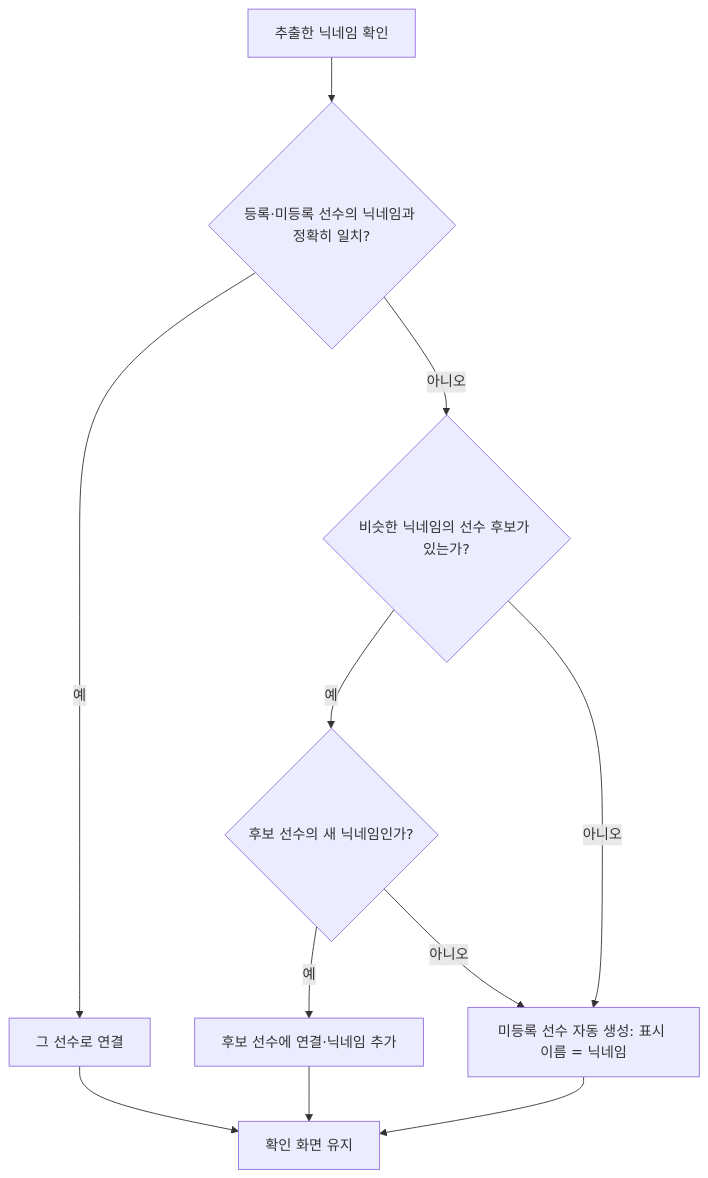
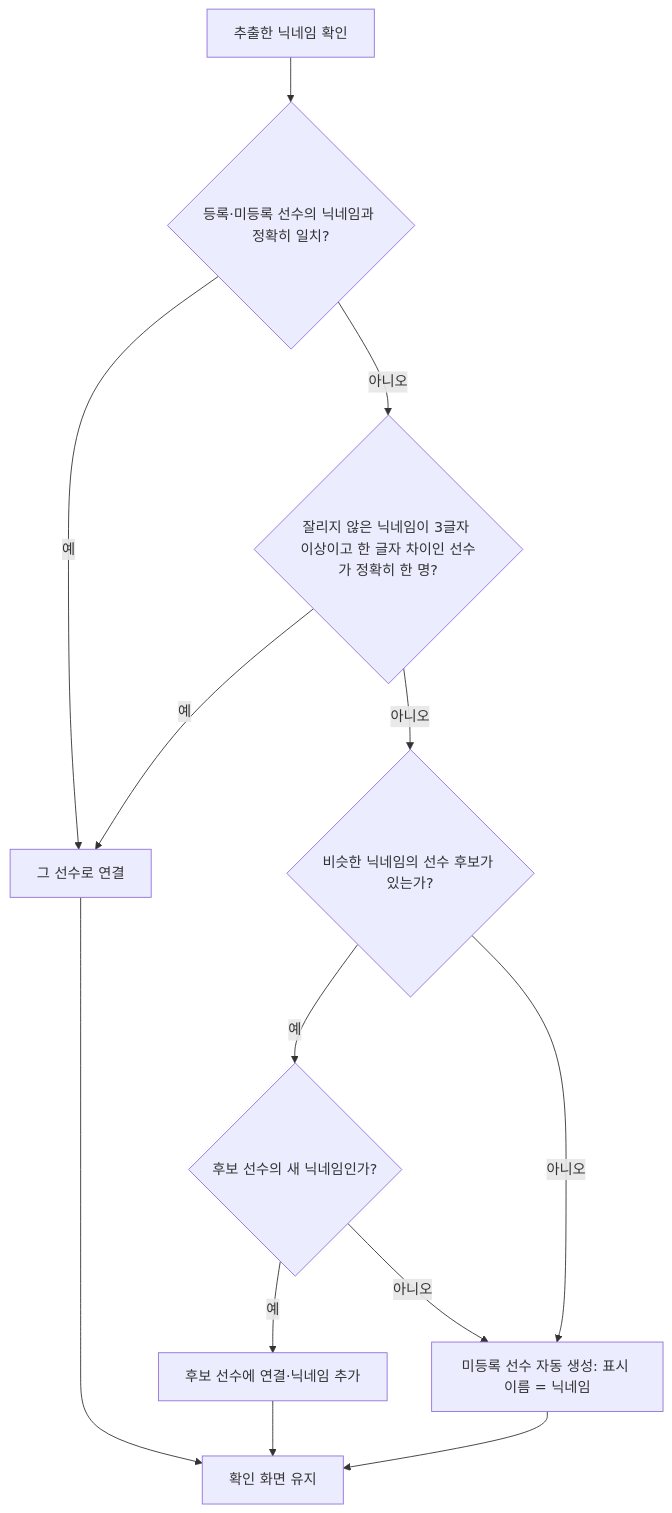
The second of 3 diagrams in docs/유저플로우.md (GMiiiN/LOL-Inhouse), drawn with Mermaid before and after one commit. The commit also changed other lines of this file and 159 other files, not shown here.

````diff
--- a/docs/유저플로우.md
+++ b/docs/유저플로우.md
@@ -99,13 +99,15 @@
 ```mermaid
 flowchart TD
     A[추출한 닉네임 확인] --> B{등록·미등록 선수의 닉네임과 정확히 일치?}
     B -- 예 --> C[그 선수로 연결]
-    B -- 아니오 --> D{비슷한 닉네임의 선수 후보가 있는가?}
+    B -- 아니오 --> B2{잘리지 않은 닉네임이 3글자 이상이고 한 글자 차이인 선수가 정확히 한 명?}
+    B2 -- 예 --> C
+    B2 -- 아니오 --> D{비슷한 닉네임의 선수 후보가 있는가?}
     D -- 예 --> E{후보 선수의 새 닉네임인가?}
     E -- 예 --> F[후보 선수에 연결·닉네임 추가]
     E -- 아니오 --> H[미등록 선수 자동 생성: 표시 이름 = 닉네임]
     D -- 아니오 --> H
     C --> G[확인 화면 유지]
     F --> G
     H --> G
 ```
````
